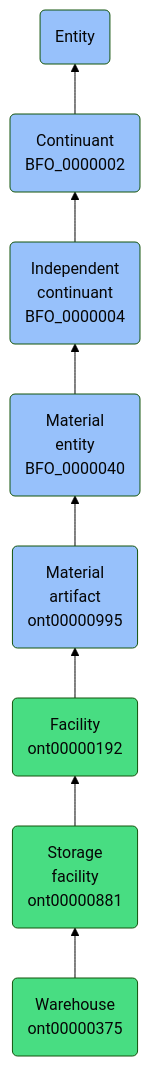
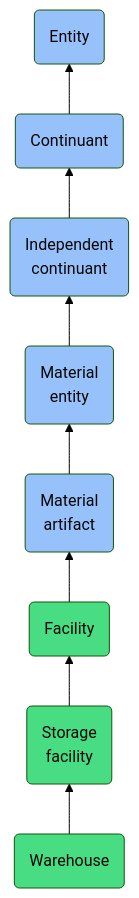
Before and after one commit to jupyter-naas/abi: the diagram in docs/ontology/reference/model/Entity/Continuant/Independent continuant/Material entity/Material artifact/Facility/Storage facility/Warehouse/Warehouse.md, drawn with Mermaid (forest theme). The commit also changed other lines of this file and 1430 other files, not shown here.

````diff
--- a/docs/ontology/reference/model/Entity/Continuant/Independent continuant/Material entity/Material artifact/Facility/Storage facility/Warehouse/Warehouse.md
+++ b/docs/ontology/reference/model/Entity/Continuant/Independent continuant/Material entity/Material artifact/Facility/Storage facility/Warehouse/Warehouse.md
@@ -24,15 +24,15 @@
 ```mermaid
 graph BT
-    ont00000375(Warehouse<br>ont00000375):::ABI-->ont00000881
-    ont00000881(Storage<br>facility<br>ont00000881):::ABI-->ont00000192
-    ont00000192(Facility<br>ont00000192):::ABI-->ont00000995
-    ont00000995(Material<br>artifact<br>ont00000995):::BFO-->BFO_0000040
-    BFO_0000040(Material<br>entity<br>BFO_0000040):::BFO-->BFO_0000004
-    BFO_0000004(Independent<br>continuant<br>BFO_0000004):::BFO-->BFO_0000002
-    BFO_0000002(Continuant<br>BFO_0000002):::BFO-->BFO_0000001
+    ont00000375(Warehouse):::ABI-->ont00000881
+    ont00000881(Storage<br>facility):::ABI-->ont00000192
+    ont00000192(Facility):::ABI-->ont00000995
+    ont00000995(Material<br>artifact):::BFO-->BFO_0000040
+    BFO_0000040(Material<br>entity):::BFO-->BFO_0000004
+    BFO_0000004(Independent<br>continuant):::BFO-->BFO_0000002
+    BFO_0000002(Continuant):::BFO-->BFO_0000001
     BFO_0000001(Entity):::BFO
     
     classDef BFO fill:#97c1fb,color:#060606
     classDef CCO fill:#e4c51e,color:#060606
     classDef ABI fill:#48DD82,color:#060606
 ```
````
